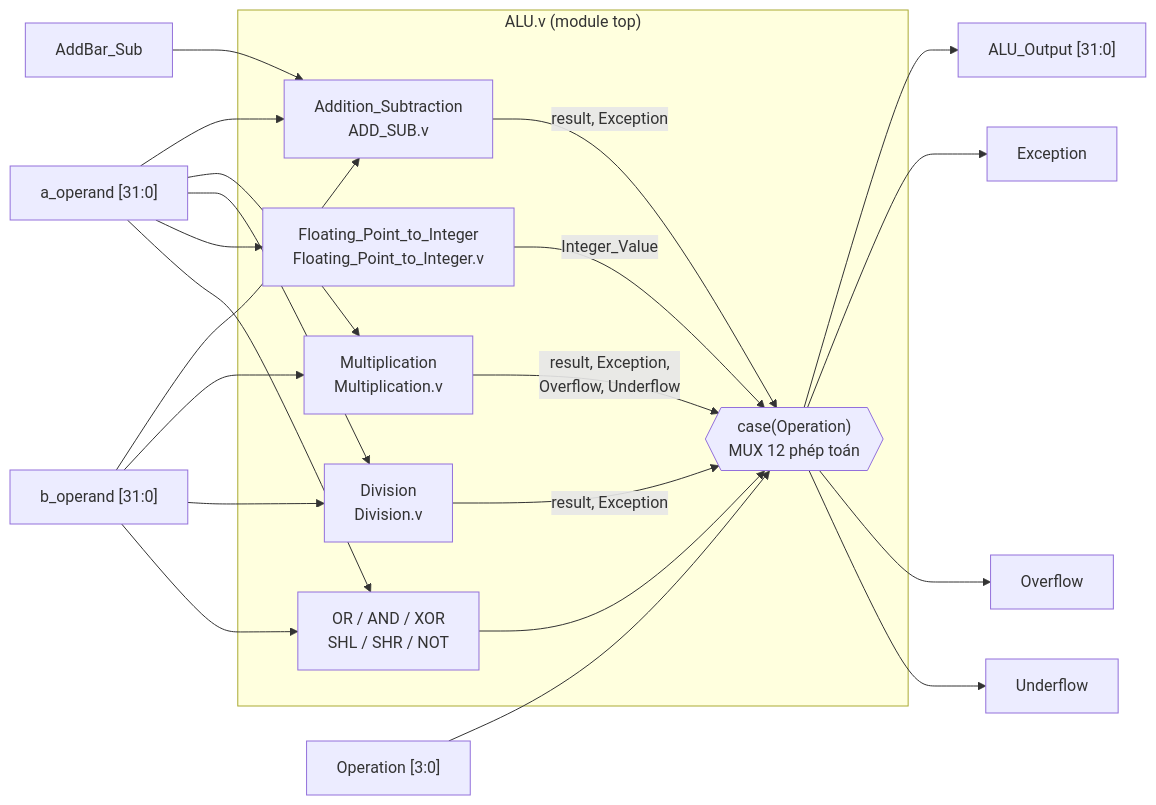
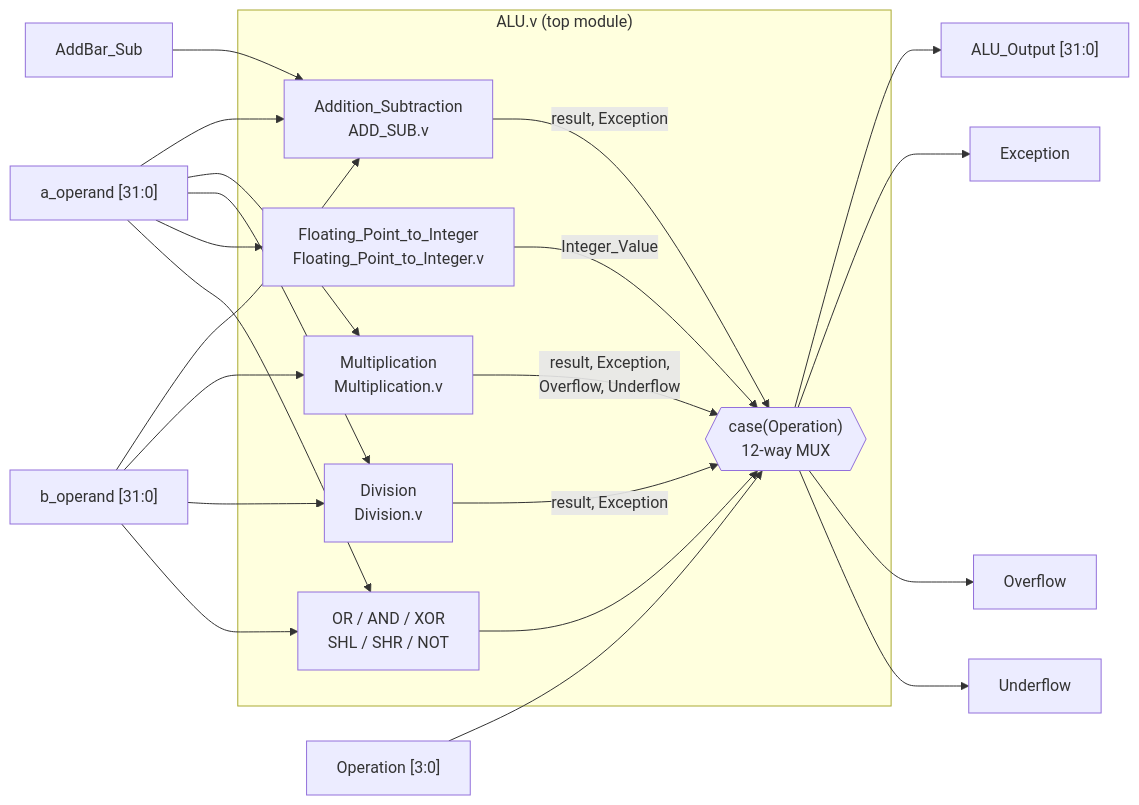
The first of 6 diagrams in README.md (tdviet2011/ALU-PLOATING-POINT), drawn with Mermaid before and after one commit. The commit also changed other lines of this file and 9 other files, not shown here.

````diff
--- a/README.md
+++ b/README.md
@@ -20,34 +29,34 @@
 ```mermaid
 flowchart LR
     A["a_operand [31:0]"] --> ADD
     B["b_operand [31:0]"] --> ADD
     SUB["AddBar_Sub"] --> ADD
     A --> MUL
     B --> MUL
     A --> DIV
     B --> DIV
     A --> F2I
     A --> LOGIC
     B --> LOGIC
 
-    subgraph ALU["ALU.v (module top)"]
+    subgraph ALU["ALU.v (top module)"]
         ADD["Addition_Subtraction<br/>ADD_SUB.v"]
         MUL["Multiplication<br/>Multiplication.v"]
         DIV["Division<br/>Division.v"]
         F2I["Floating_Point_to_Integer<br/>Floating_Point_to_Integer.v"]
         LOGIC["OR / AND / XOR<br/>SHL / SHR / NOT"]
-        MUX{{"case(Operation)<br/>MUX 12 phép toán"}}
+        MUX{{"case(Operation)<br/>12-way MUX"}}
     end
 
     ADD -->|"result, Exception"| MUX
     MUL -->|"result, Exception,<br/>Overflow, Underflow"| MUX
     DIV -->|"result, Exception"| MUX
     F2I -->|Integer_Value| MUX
     LOGIC --> MUX
     OP["Operation [3:0]"] --> MUX
 
     MUX --> Y["ALU_Output [31:0]"]
     MUX --> EX["Exception"]
     MUX --> OV["Overflow"]
     MUX --> UN["Underflow"]
 ```
````
